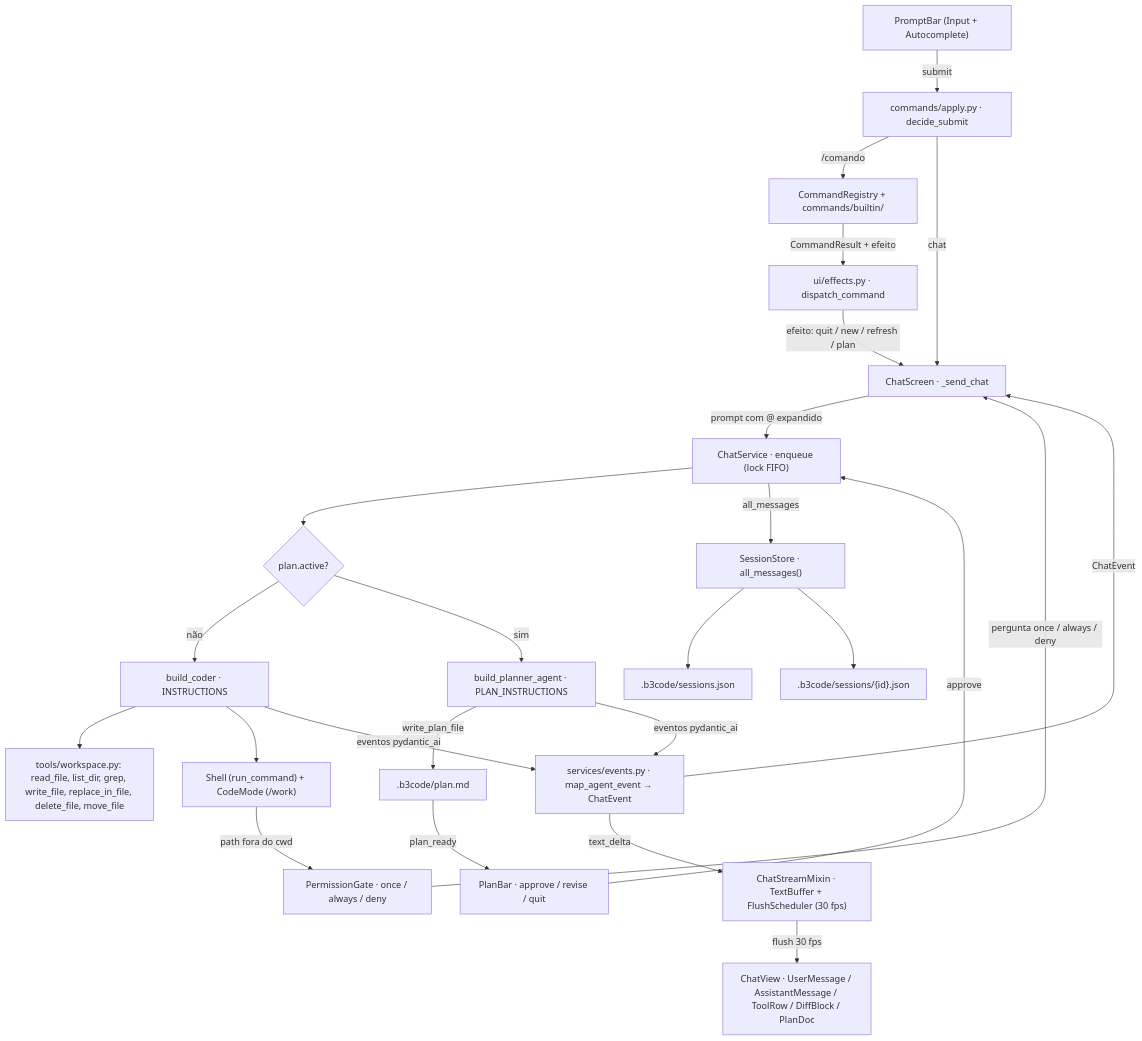
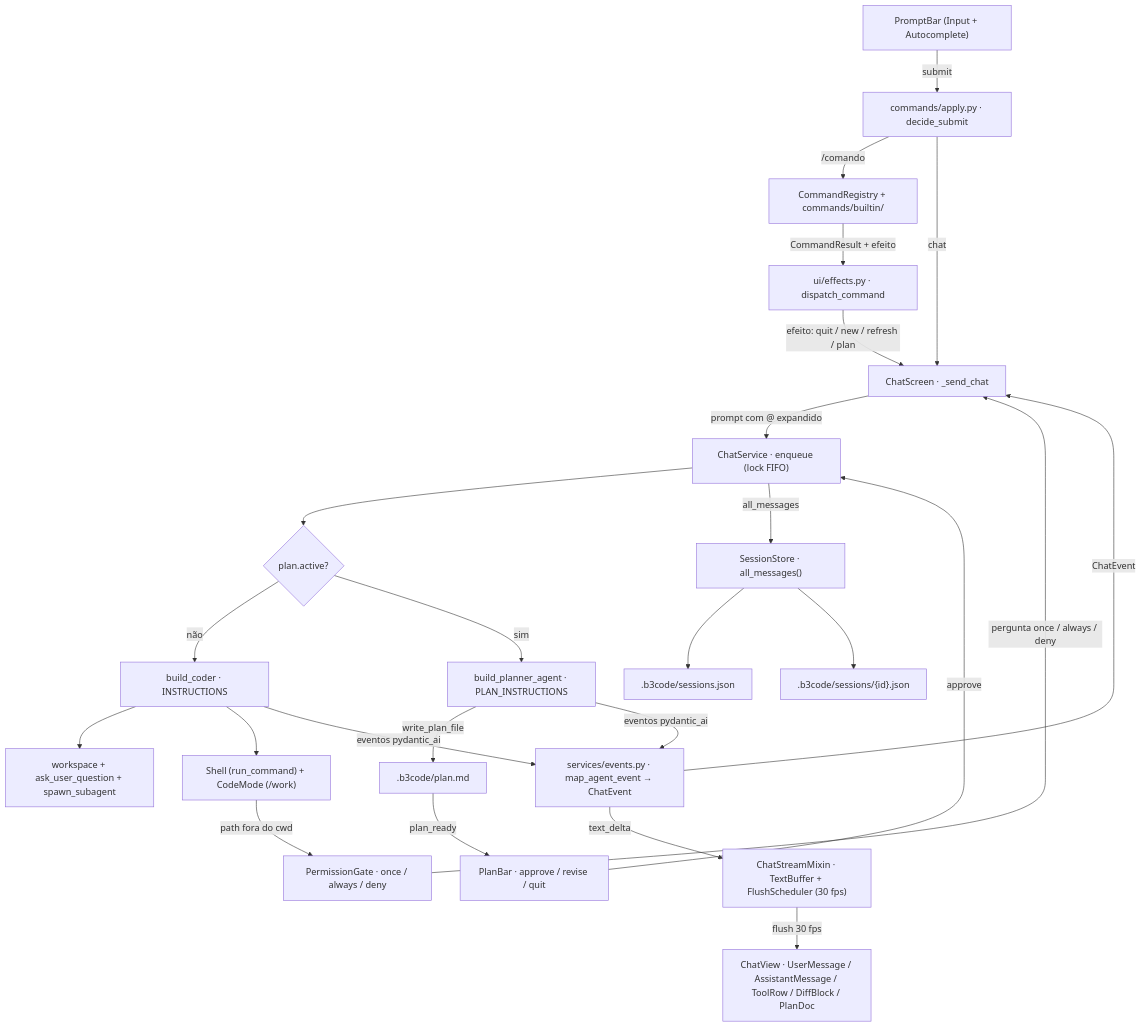
Before and after one commit to nicolasmmb/b3code: the diagram in README.md, drawn with Mermaid. The commit also changed other lines of this file and 21 other files, not shown here.

````diff
--- a/README.md
+++ b/README.md
@@ -292,48 +294,48 @@
 ```mermaid
 flowchart TB
     PROMPT["PromptBar (Input + Autocomplete)"]
     APPLY["commands/apply.py · decide_submit"]
     REG["CommandRegistry + commands/builtin/"]
     DISP["ui/effects.py · dispatch_command"]
     SCREEN["ChatScreen · _send_chat"]
     CHAT["ChatService · enqueue (lock FIFO)"]
     PLANQ{"plan.active?"}
     CODER["build_coder · INSTRUCTIONS"]
     PLANNER["build_planner_agent · PLAN_INSTRUCTIONS"]
-    TOOLS["tools/workspace.py: read_file, list_dir, grep, write_file, replace_in_file, delete_file, move_file"]
+    TOOLS["workspace + ask_user_question + spawn_subagent"]
     SHELL["Shell (run_command) + CodeMode (/work)"]
     GATE["PermissionGate · once / always / deny"]
     PLANMD[".b3code/plan.md"]
     PB["PlanBar · approve / revise / quit"]
     EVENTS["services/events.py · map_agent_event → ChatEvent"]
     STREAM["ChatStreamMixin · TextBuffer + FlushScheduler (30 fps)"]
     VIEW["ChatView · UserMessage / AssistantMessage / ToolRow / DiffBlock / PlanDoc"]
     SESS["SessionStore · all_messages()"]
     IDX[".b3code/sessions.json"]
     BLOBS[".b3code/sessions/{id}.json"]
 
     PROMPT -->|submit| APPLY
     APPLY -->|"/comando"| REG
     REG -->|CommandResult + efeito| DISP
     DISP -->|efeito: quit / new / refresh / plan| SCREEN
     APPLY -->|chat| SCREEN
     SCREEN -->|prompt com @ expandido| CHAT
     CHAT --> PLANQ
     PLANQ -->|não| CODER
     PLANQ -->|sim| PLANNER
     CODER --> TOOLS
     CODER --> SHELL
     SHELL -->|path fora do cwd| GATE
     GATE -->|pergunta once / always / deny| SCREEN
     PLANNER -->|write_plan_file| PLANMD
     PLANMD -->|plan_ready| PB
     PB -->|approve| CHAT
     CODER -->|eventos pydantic_ai| EVENTS
     PLANNER -->|eventos pydantic_ai| EVENTS
     EVENTS -->|ChatEvent| SCREEN
     EVENTS -->|text_delta| STREAM
     STREAM -->|flush 30 fps| VIEW
     CHAT -->|all_messages| SESS
     SESS --> IDX
     SESS --> BLOBS
 ```
````
